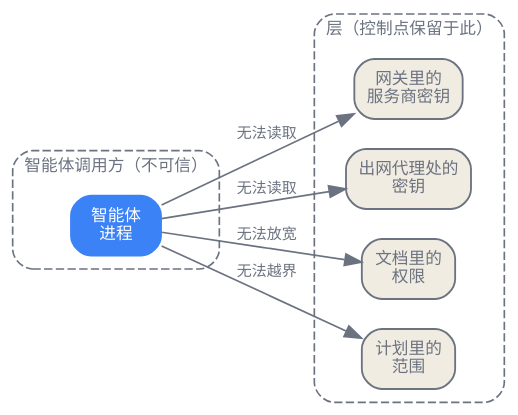
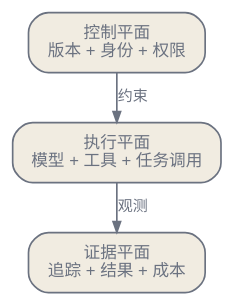
Before and after one commit to latere-ai/ai-as-an-infrastructure: the first of 3 diagrams in zh/ecosystem/03-tooling-ecosystem.qmd, drawn with Graphviz. The commit also changed other lines of this file and 3 other files, not shown here.

````diff
--- a/zh/ecosystem/03-tooling-ecosystem.qmd
+++ b/zh/ecosystem/03-tooling-ecosystem.qmd
@@ -31,32 +7,20 @@
 ```{dot}
-//| label: fig-tooling-control-shift
-//| fig-cap: "同一种控制迁移在四层发生。每个原语都把一个控制点从智能体调用方里抬出来（在那里模型本可读到或绕过它），放进一个调用方必须经过的层。"
-digraph control_shift {
-  rankdir=LR;
+//| label: fig-tooling-planes
+//| fig-cap: "生产工具链包含三个不同的平面。控制平面选择版本与权限，执行平面完成模型、工具和任务调用，证据平面记录由此产生的事实。即使一个框架同时实现三者，这些职责仍然不同。"
+digraph tooling_planes {
   bgcolor="transparent";
-  node [shape=box, style="rounded,filled", fontname="Helvetica", fontsize=10, fillcolor="#f1ece1", color="#6b7280", fontcolor="#6b7280", penwidth=1.1];
-  edge [fontname="Helvetica", fontsize=9, color="#6b7280", fontcolor="#6b7280"];
-
-  subgraph cluster_caller {
-    label="智能体调用方（不可信）";
-    style="rounded,dashed";
-    fontname="Helvetica"; fontsize=10; fontcolor="#6b7280"; color="#6b7280";
-    agent [label="智能体\n进程", fillcolor="#3b82f6", fontcolor="white", color="#3b82f6"];
-  }
-
-  subgraph cluster_layer {
-    label="层（控制点保留于此）";
-    style="rounded,dashed";
-    fontname="Helvetica"; fontsize=10; fontcolor="#6b7280"; color="#6b7280";
-    key [label="网关里的\n服务商密钥"];
-    runtime [label="出网代理处的\n密钥"];
-    perm [label="文档里的\n权限"];
-    plan [label="计划里的\n范围"];
-  }
-
-  agent -> key [label="无法读取"];
-  agent -> runtime [label="无法读取"];
-  agent -> perm [label="无法放宽"];
-  agent -> plan [label="无法越界"];
+  rankdir=TB;
+  nodesep=0.15;
+  ranksep=0.28;
+  node [shape=box, style="rounded,filled", fontname="Helvetica", fontsize=10,
+        color="#6b7280", fontcolor="#6b7280", fillcolor="#f1ece1",
+        margin="0.12,0.08"];
+  edge [color="#6b7280", fontcolor="#6b7280", fontname="Helvetica",
+        fontsize=9, arrowsize=0.65];
+  C [label="控制平面\n版本 + 身份 + 权限"];
+  X [label="执行平面\n模型 + 工具 + 任务调用"];
+  E [label="证据平面\n追踪 + 结果 + 成本"];
+  C -> X [label="约束"];
+  X -> E [label="观测"];
 }
 ```
````
